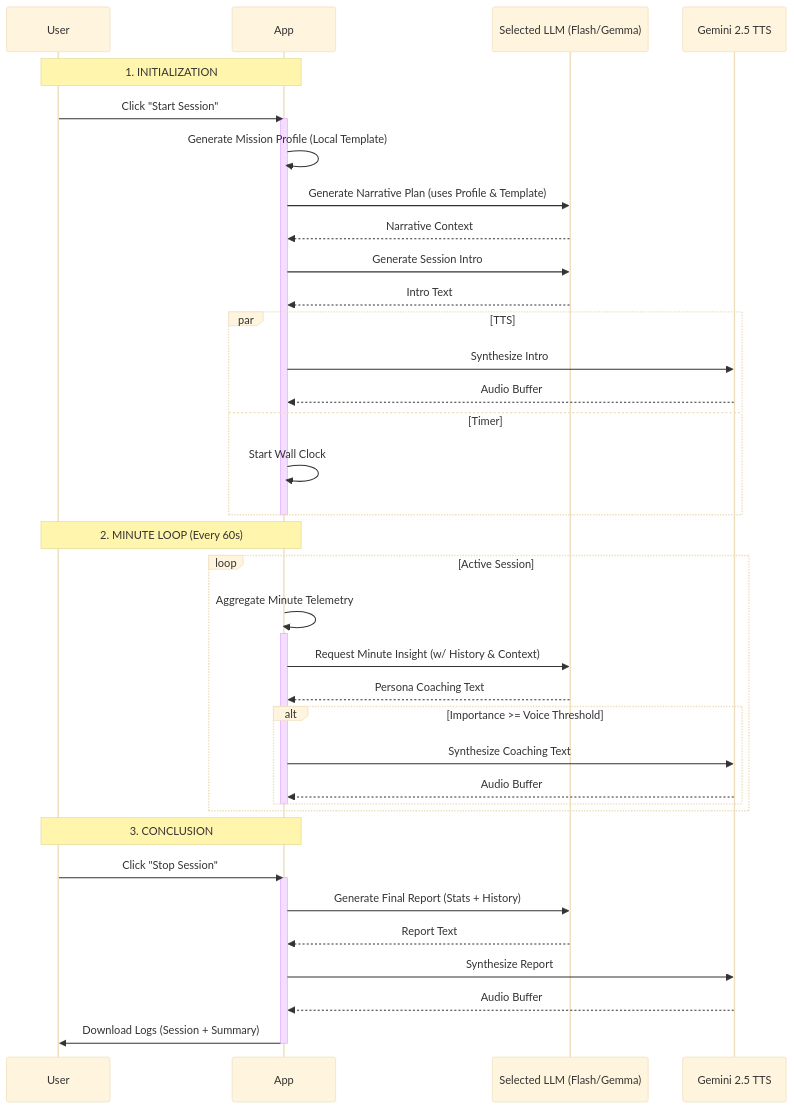
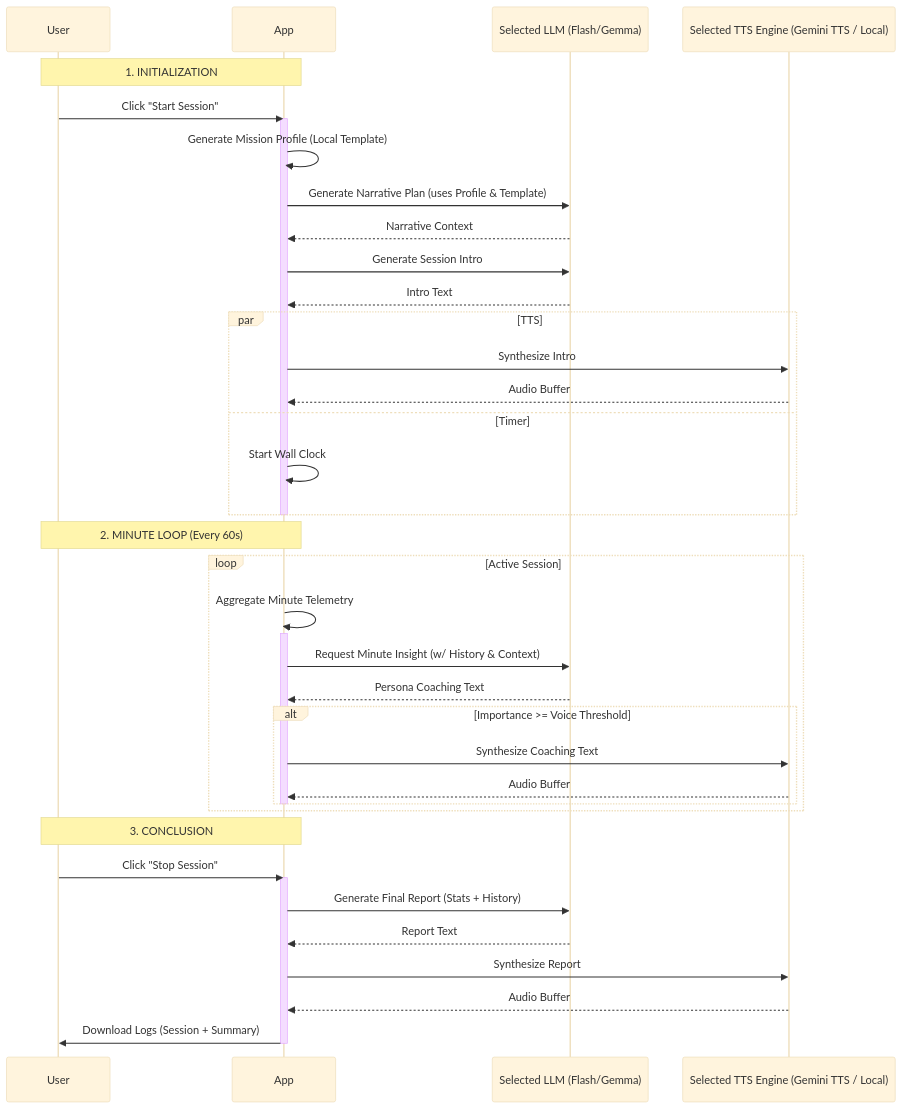
The diagram in llm.md (frogofprey/aahrm_vibe_proto), drawn with Mermaid (base theme) before and after one commit. The commit also changed other lines of this file and 15 other files, not shown here.

````diff
--- a/llm.md
+++ b/llm.md
@@ -158,47 +163,47 @@
 ```mermaid
 sequenceDiagram
     participant User
     participant App
     participant AI as Selected LLM (Flash/Gemma)
-    participant TTS as Gemini 2.5 TTS
+    participant TTS as Selected TTS Engine (Gemini TTS / Local)
 
     Note over User, App: 1. INITIALIZATION
     User->>App: Click "Start Session"
     activate App
     App->>App: Generate Mission Profile (Local Template)
     App->>AI: Generate Narrative Plan (uses Profile & Template)
     AI-->>App: Narrative Context
     App->>AI: Generate Session Intro
     AI-->>App: Intro Text
     par TTS
         App->>TTS: Synthesize Intro
         TTS-->>App: Audio Buffer
     and Timer
         App->>App: Start Wall Clock
     end
     deactivate App
 
     Note over User, App: 2. MINUTE LOOP (Every 60s)
     loop Active Session
         App->>App: Aggregate Minute Telemetry
         activate App
         App->>AI: Request Minute Insight (w/ History & Context)
         AI-->>App: Persona Coaching Text
         
         alt Importance >= Voice Threshold
             App->>TTS: Synthesize Coaching Text
             TTS-->>App: Audio Buffer
         end
         deactivate App
     end
 
     Note over User, App: 3. CONCLUSION
     User->>App: Click "Stop Session"
     activate App
     App->>AI: Generate Final Report (Stats + History)
     AI-->>App: Report Text
     App->>TTS: Synthesize Report
     TTS-->>App: Audio Buffer
     App->>User: Download Logs (Session + Summary)
     deactivate App
 ```
````
